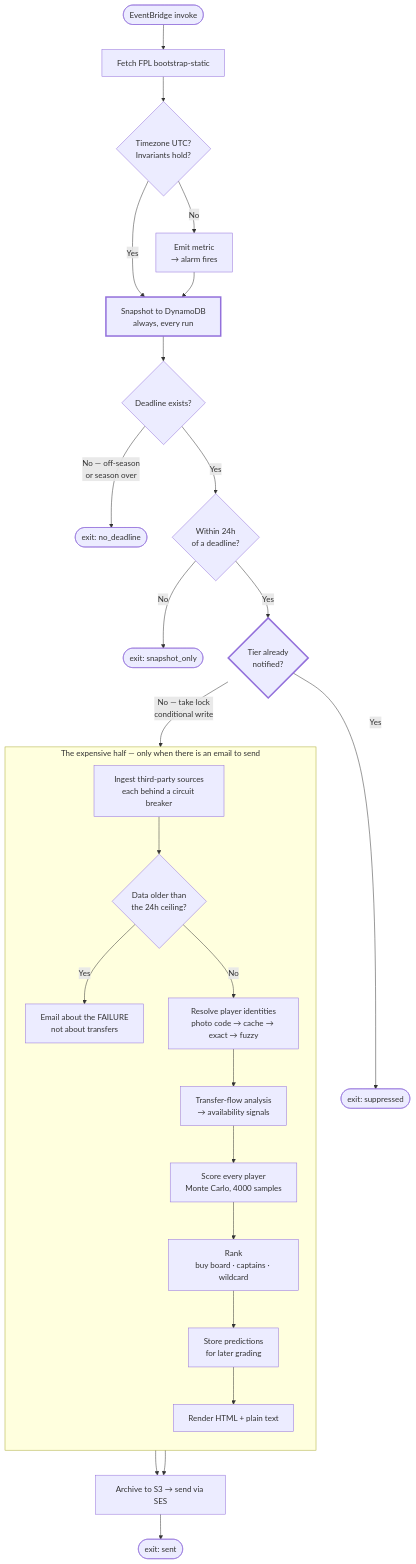
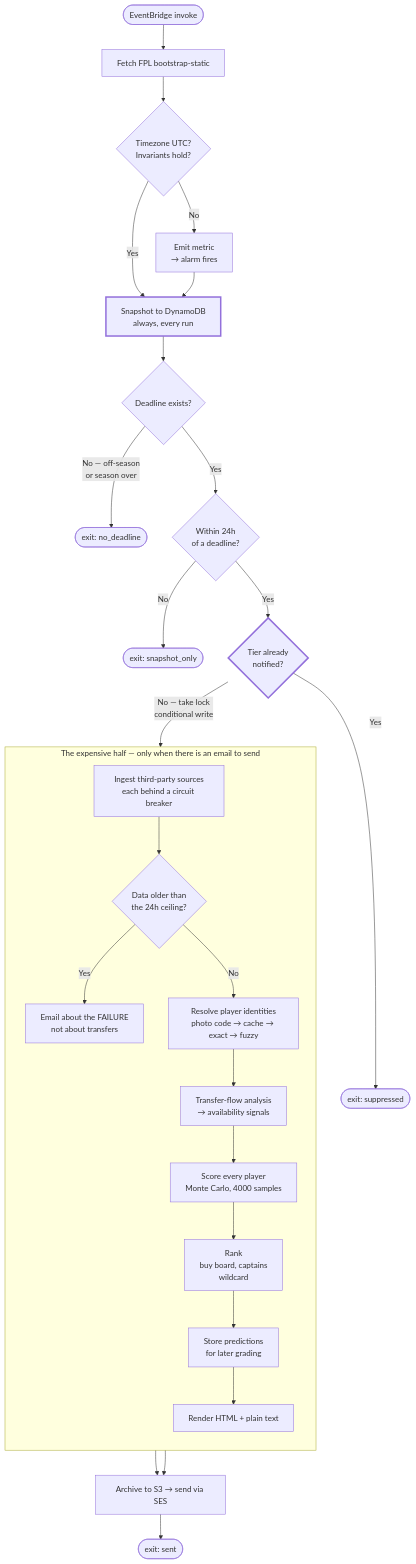
One commit to MasonGallagher/FplBot changed the seventh of 12 diagrams in docs/DIAGRAMS.md. Above: the diagram before and after it, drawn with Mermaid. The commit also changed other lines of this file, not shown here.

First line of the commit message:
docs: fix the real cause of diagram text overflowing its shape

````diff
--- a/docs/DIAGRAMS.md
+++ b/docs/DIAGRAMS.md
@@ -252,38 +252,38 @@
 ```mermaid
 flowchart TD
     START(["EventBridge invoke"]) --> FETCH["Fetch FPL bootstrap-static"]
     FETCH --> ASSERT{"Timezone UTC?<br/>Invariants hold?"}
     ASSERT -->|"No"| ALARM["Emit metric<br/>→ alarm fires"]
     ASSERT -->|"Yes"| SNAP["Snapshot to DynamoDB<br/>always, every run"]
     ALARM --> SNAP
 
     SNAP --> D1{"Deadline exists?"}
     D1 -->|"No — off-season<br/>or season over"| X1(["exit: no_deadline"])
     D1 -->|"Yes"| D2{"Within 24h<br/>of a deadline?"}
     D2 -->|"No"| X2(["exit: snapshot_only"])
     D2 -->|"Yes"| D3{"Tier already<br/>notified?"}
     D3 -->|"Yes"| X3(["exit: suppressed"])
     D3 -->|"No — take lock<br/>conditional write"| WORK
 
     subgraph WORK["The expensive half — only when there is an email to send"]
         direction TB
         W1["Ingest third-party sources<br/>each behind a circuit breaker"]
         W2{"Data older than<br/>the 24h ceiling?"}
         W3["Resolve player identities<br/>photo code → cache → exact → fuzzy"]
         W4["Transfer-flow analysis<br/>→ availability signals"]
         W5["Score every player<br/>Monte Carlo, 4000 samples"]
-        W6["Rank<br/>buy board · captains · wildcard"]
+        W6["Rank<br/>buy board, captains<br/>wildcard"]
         W7["Store predictions<br/>for later grading"]
         W8["Render HTML + plain text"]
         W1 --> W2
         W2 -->|"Yes"| FAIL["Email about the FAILURE<br/>not about transfers"]
         W2 -->|"No"| W3 --> W4 --> W5 --> W6 --> W7 --> W8
     end
 
     W8 --> SEND["Archive to S3 → send via SES"]
     FAIL --> SEND
     SEND --> X4(["exit: sent"])
 
     classDef emphasis stroke-width:3px
     class SNAP,D3 emphasis
 ```
````
